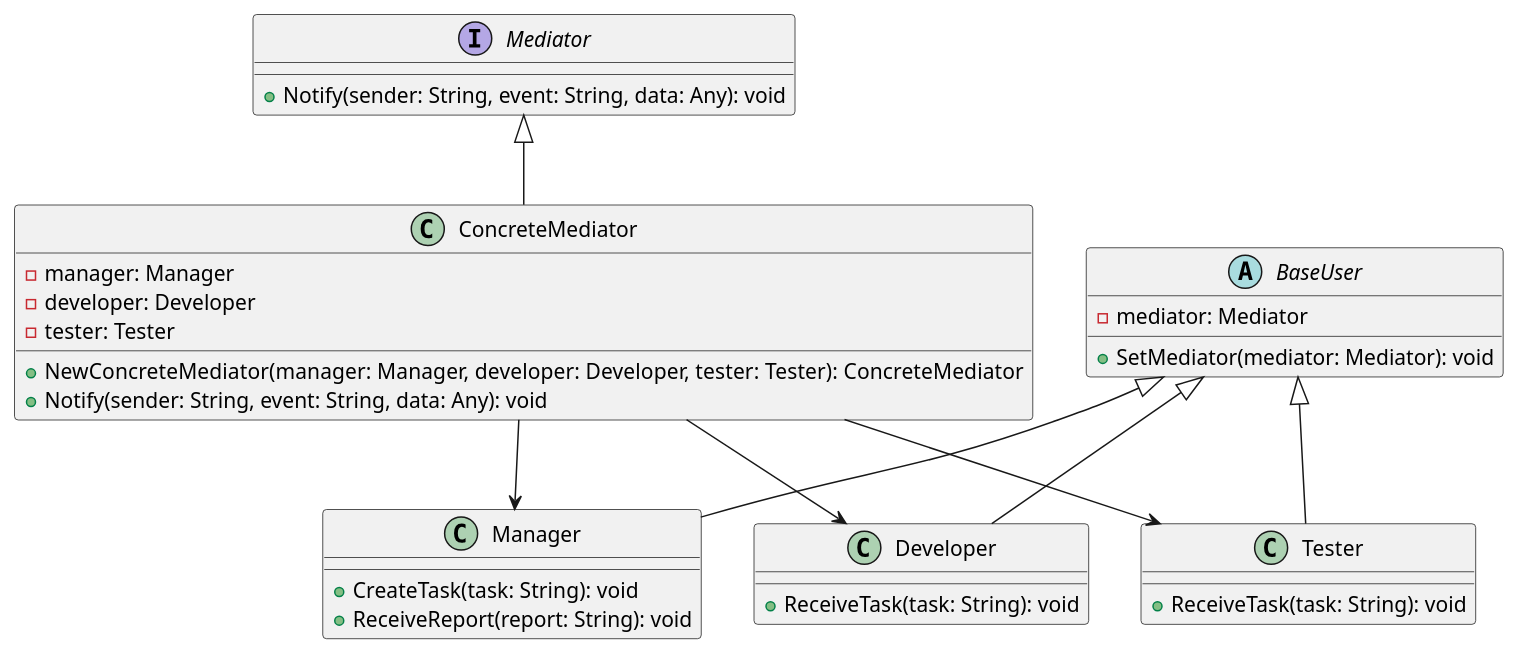
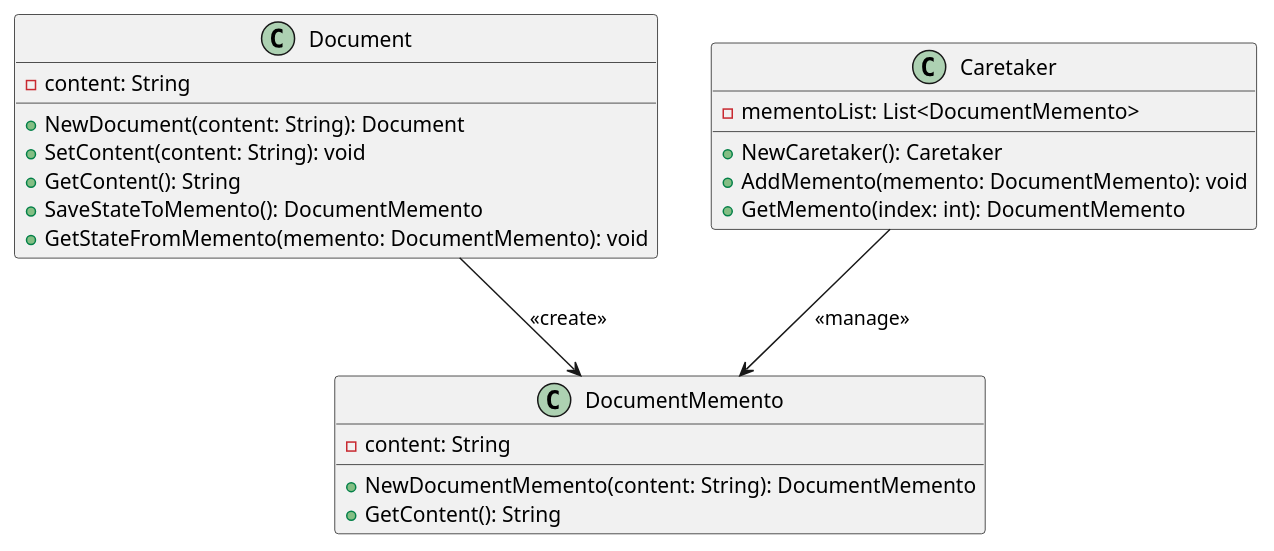
One commit to andrewovchinnikov/design-patterns changed the diagram in klassifikaciya-patternov/povedencheskie-patterny-behavioral-patterns/mnemoniko-memento/primery/sistema-upravleniya-versiyami-dokumentov/go.md. Above: the diagram before and after it, drawn with PlantUML. The commit also changed other lines of this file and 115 other files, not shown here.

````diff
--- a/klassifikaciya-patternov/povedencheskie-patterny-behavioral-patterns/mnemoniko-memento/primery/sistema-upravleniya-versiyami-dokumentov/go.md
+++ b/klassifikaciya-patternov/povedencheskie-patterny-behavioral-patterns/mnemoniko-memento/primery/sistema-upravleniya-versiyami-dokumentov/go.md
@@ -175,41 +123,30 @@
 ```plantuml
 @startuml
-interface Mediator {
-    +Notify(sender: String, event: String, data: Any): void
+
+class Document {
+    -content: String
+    +NewDocument(content: String): Document
+    +SetContent(content: String): void
+    +GetContent(): String
+    +SaveStateToMemento(): DocumentMemento
+    +GetStateFromMemento(memento: DocumentMemento): void
 }
 
-class ConcreteMediator {
-    -manager: Manager
-    -developer: Developer
-    -tester: Tester
-    +NewConcreteMediator(manager: Manager, developer: Developer, tester: Tester): ConcreteMediator
-    +Notify(sender: String, event: String, data: Any): void
+class DocumentMemento {
+    -content: String
+    +NewDocumentMemento(content: String): DocumentMemento
+    +GetContent(): String
 }
 
-abstract class BaseUser {
-    -mediator: Mediator
-    +SetMediator(mediator: Mediator): void
+class Caretaker {
+    -mementoList: List<DocumentMemento>
+    +NewCaretaker(): Caretaker
+    +AddMemento(memento: DocumentMemento): void
+    +GetMemento(index: int): DocumentMemento
 }
 
-class Manager {
-    +CreateTask(task: String): void
-    +ReceiveReport(report: String): void
-}
+Document --> DocumentMemento: <<create>>
+Caretaker --> DocumentMemento: <<manage>>
 
-class Developer {
-    +ReceiveTask(task: String): void
-}
-
-class Tester {
-    +ReceiveTask(task: String): void
-}
-
-Mediator <|-- ConcreteMediator
-BaseUser <|-- Manager
-BaseUser <|-- Developer
-BaseUser <|-- Tester
-ConcreteMediator --> Manager
-ConcreteMediator --> Developer
-ConcreteMediator --> Tester
 @enduml
 ```
````
